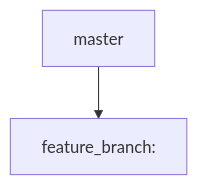
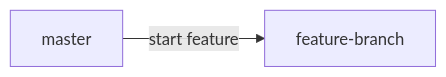
Before and after one commit to hasparus/software-engineering-class: the diagram in testy/plan_zarządzania_jakością_produktu.md, drawn with Mermaid. The commit also changed other lines of this file, not shown here.

Commit message:
Uploaded by https://stackedit.io/

````diff
--- a/testy/plan_zarządzania_jakością_produktu.md
+++ b/testy/plan_zarządzania_jakością_produktu.md
@@ -14,5 +16,5 @@
 ```mermaid
-graph TD;
-	master-->feature_branch: ;
+graph LR;
+	master--start feature-->feature-branch;
 	
 ```
````
